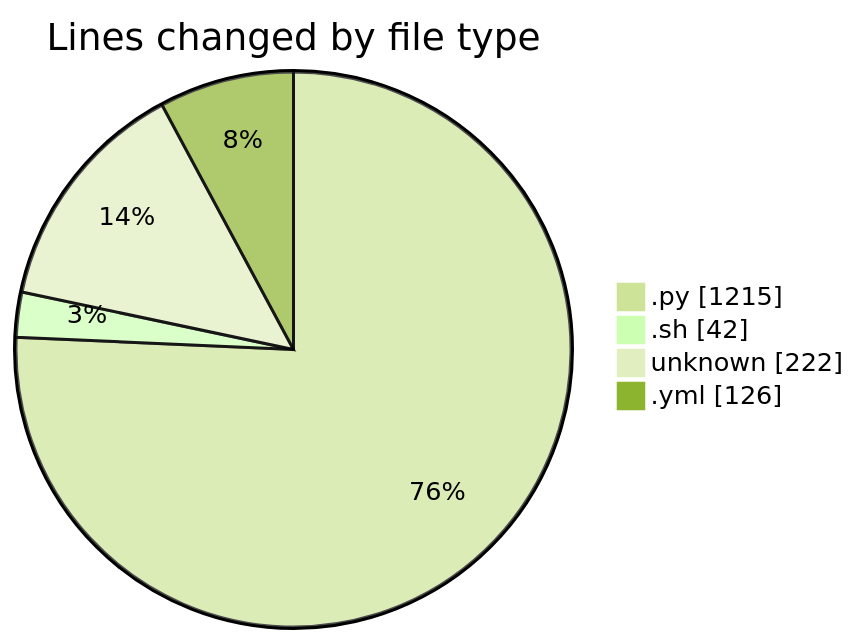
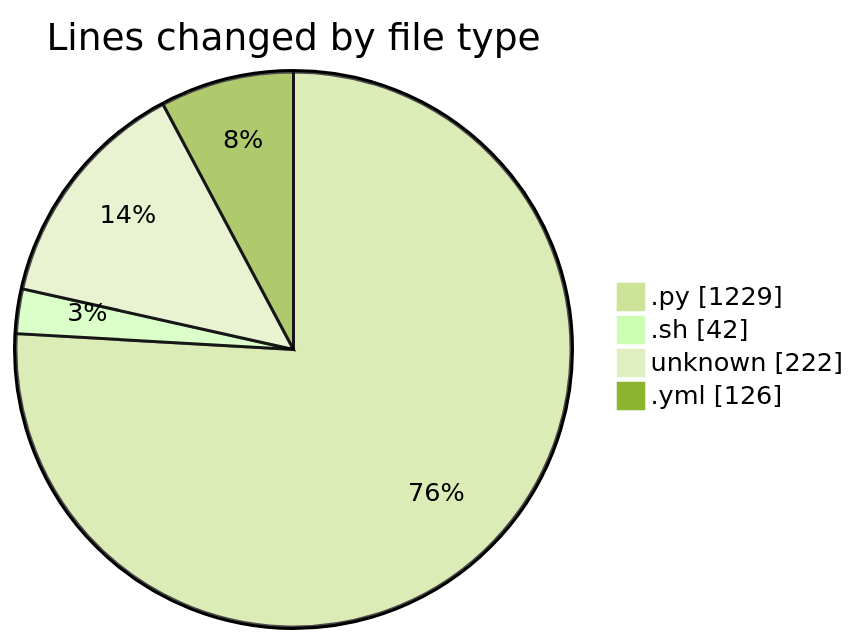
The first of 2 diagrams in 2025-05-14/niten/README.md (Elitesun/code-tracking), drawn with Mermaid (forest theme) before and after one commit. The commit also changed other lines of this file and 1 other file, not shown here.

````diff
--- a/2025-05-14/niten/README.md
+++ b/2025-05-14/niten/README.md
@@ -33,8 +33,8 @@
 ```mermaid
 pie showData
 title Lines changed by file type
-".py" : 1215
+".py" : 1229
 ".sh" : 42
 "unknown" : 222
 ".yml" : 126
 ```
````
